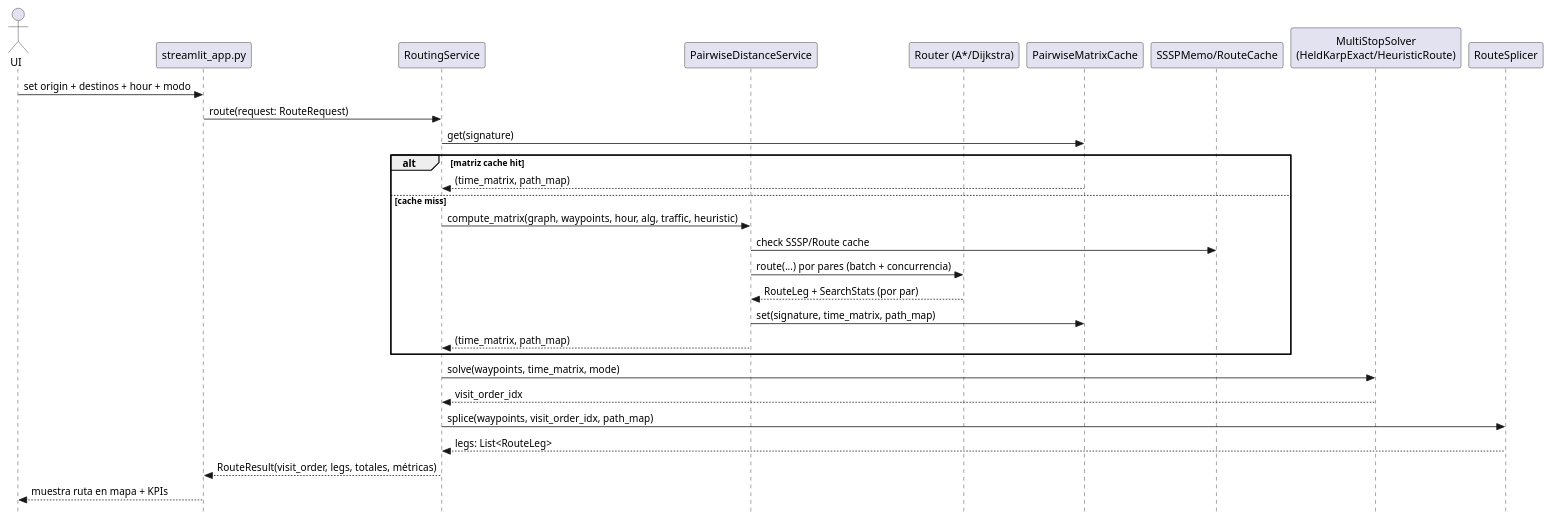
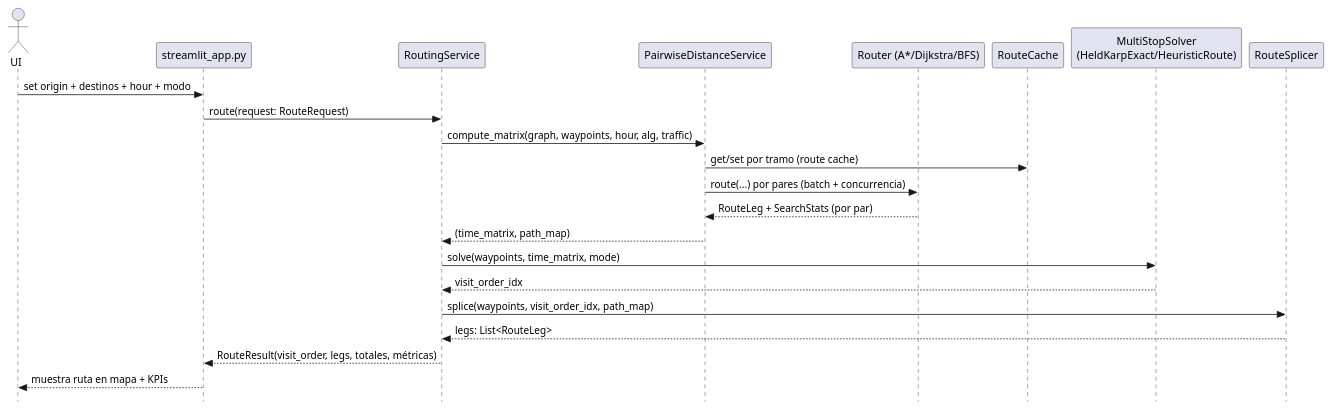
The diagram in diagrama.puml (JesusOliveto/FinalPEF), drawn with PlantUML before and after one commit. The commit also changed 3 other files, not shown here.

Commit message:
Actualizar nombres y participantes en diagramas; agregar atributo 'legs' a RouteResult; mejorar la UI de streamlit_app.py para reflejar cambios en el contexto de "Jesús María: Rutas Inteligentes".

```diff
--- a/diagrama.puml
+++ b/diagrama.puml
@@ -1,36 +1,29 @@
 @startuml
 skinparam style strictuml
 actor UI as User
 participant "streamlit_app.py" as UIApp
 participant "RoutingService" as RS
 participant "PairwiseDistanceService" as PDS
-participant "Router (A*/Dijkstra)" as RTR
-participant "PairwiseMatrixCache" as PMC
-participant "SSSPMemo/RouteCache" as CACH
+participant "Router (A*/Dijkstra/BFS)" as RTR
+participant "RouteCache" as CACH
 participant "MultiStopSolver\n(HeldKarpExact/HeuristicRoute)" as SOLV
 participant "RouteSplicer" as SPL
 
 User -> UIApp: set origin + destinos + hour + modo
 UIApp -> RS: route(request: RouteRequest)
 
-RS -> PMC: get(signature)
-alt matriz cache hit
-  PMC --> RS: (time_matrix, path_map)
-else cache miss
-  RS -> PDS: compute_matrix(graph, waypoints, hour, alg, traffic, heuristic)
-  PDS -> CACH: check SSSP/Route cache
-  PDS -> RTR: route(...) por pares (batch + concurrencia)
-  RTR --> PDS: RouteLeg + SearchStats (por par)
-  PDS -> PMC: set(signature, time_matrix, path_map)
-  PDS --> RS: (time_matrix, path_map)
-end
+RS -> PDS: compute_matrix(graph, waypoints, hour, alg, traffic)
+PDS -> CACH: get/set por tramo (route cache)
+PDS -> RTR: route(...) por pares (batch + concurrencia)
+RTR --> PDS: RouteLeg + SearchStats (por par)
+PDS --> RS: (time_matrix, path_map)
 
 RS -> SOLV: solve(waypoints, time_matrix, mode)
 SOLV --> RS: visit_order_idx
 
 RS -> SPL: splice(waypoints, visit_order_idx, path_map)
 SPL --> RS: legs: List<RouteLeg>
 
 RS --> UIApp: RouteResult(visit_order, legs, totales, métricas)
 UIApp --> User: muestra ruta en mapa + KPIs
 @enduml
```
